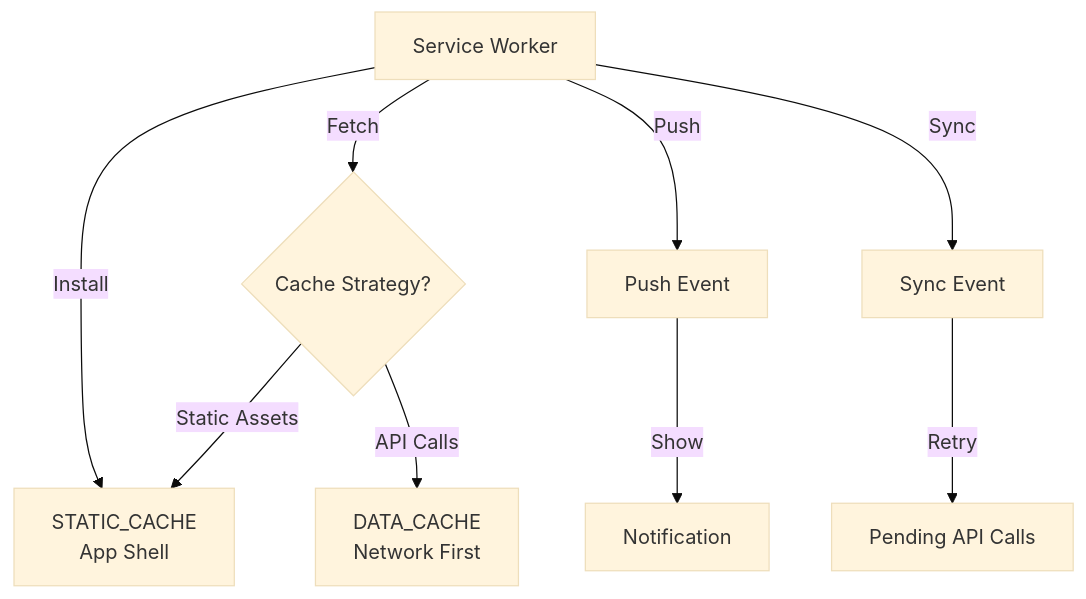
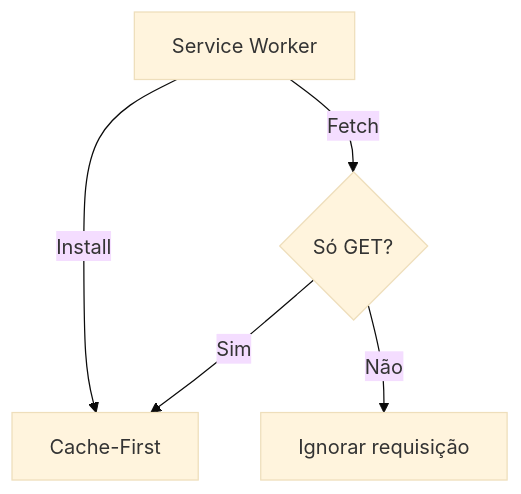
One commit to Henrique1601/Projeto-Financeiro changed the first of 2 diagrams in 2º Cerebro/Cerebro do projeto/Service Worker Notes.md. Above: the diagram before and after it, drawn with Mermaid (base theme). The commit also changed other lines of this file and 86 other files, not shown here.

````diff
--- a/2º Cerebro/Cerebro do projeto/Service Worker Notes.md
+++ b/2º Cerebro/Cerebro do projeto/Service Worker Notes.md
@@ -29,11 +25,7 @@
 ```mermaid
 graph TD
     SW[Service Worker] -->|Install| SCACHE[STATIC_CACHE<br/>App Shell]
-    SW -->|Fetch| D{Cache Strategy?}
-    D -->|Static Assets| SCACHE
-    D -->|API Calls| DCACHE[DATA_CACHE<br/>Network First]
-    SW -->|Push| P[Push Event]
-    SW -->|Sync| S[Sync Event]
-    P -->|Show| N[Notification]
-    S -->|Retry| API[Pending API Calls]
+    SW -->|Fetch| D{Só GET?}
+    D -->|Sim| SCACHE[Cache-First]
+    D -->|Não| IGNORE[Ignorar requisição]
 ```
````
